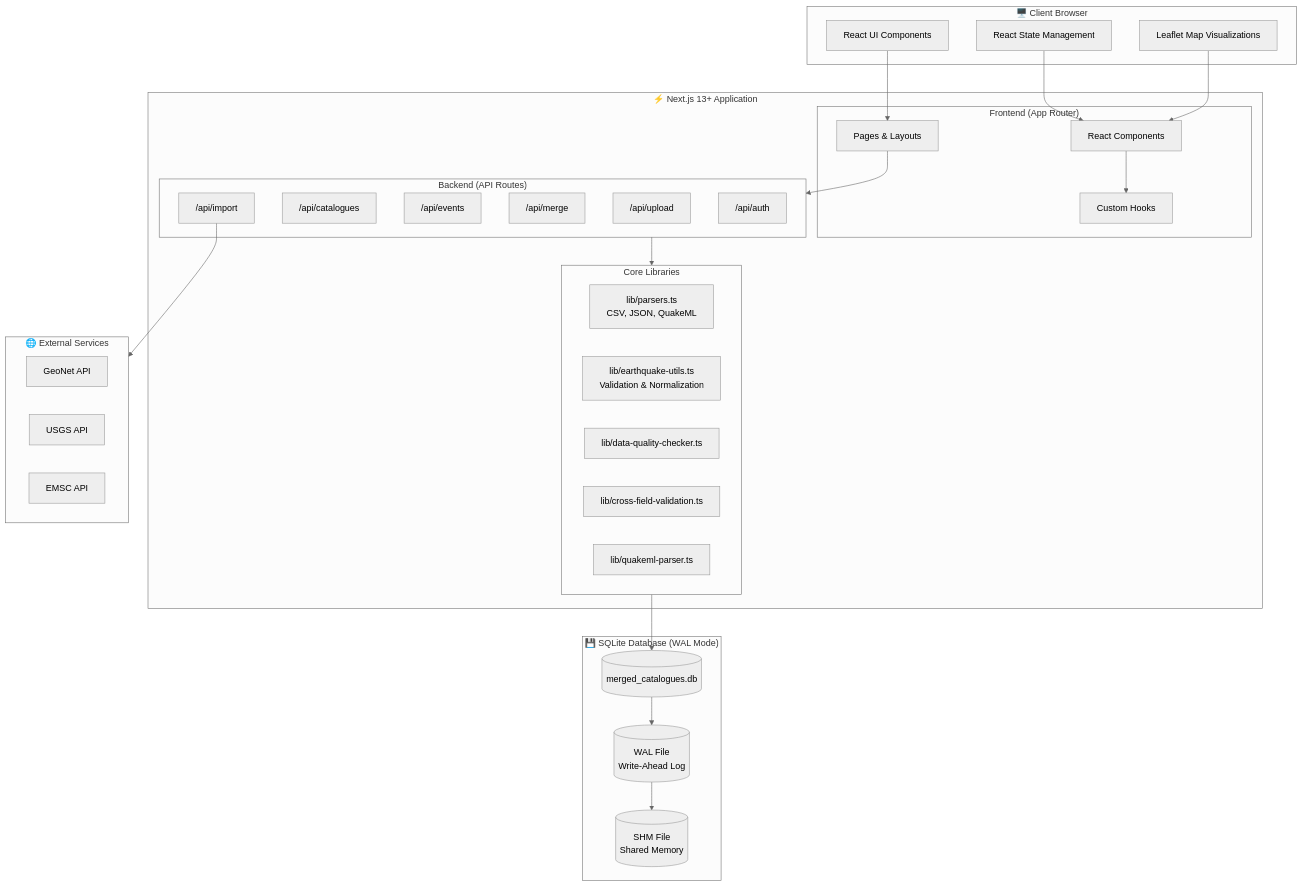
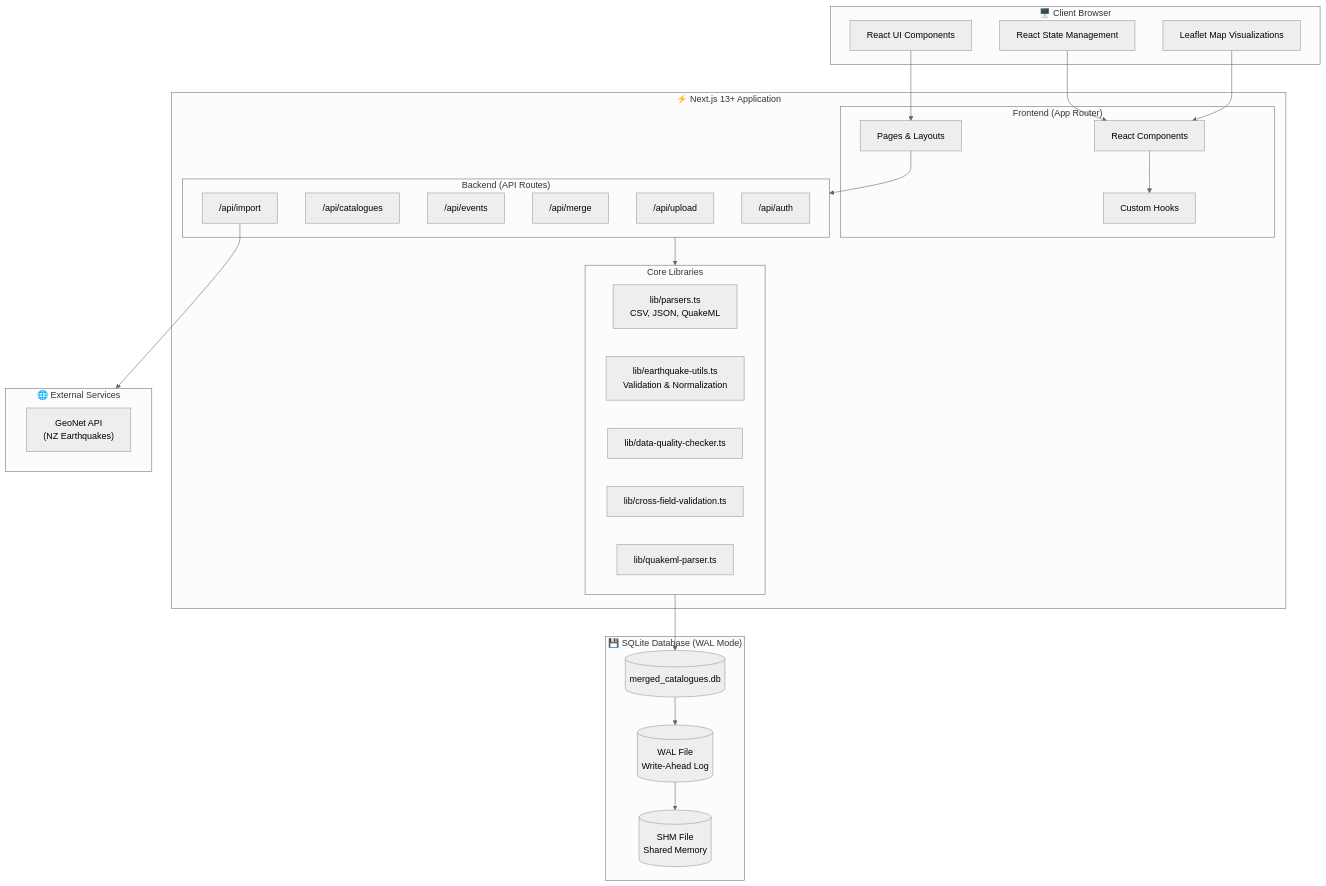
One commit to KennyGraham1/catalogofcatalogs changed the first of 5 diagrams in ARCHITECTURE.md. Above: the diagram before and after it, drawn with Mermaid (neutral theme). The commit also changed other lines of this file and 27 other files, not shown here.

Commit message:
Updated the schema to be more comprehensive and improved Auto-Detect Field Mapping

````diff
--- a/ARCHITECTURE.md
+++ b/ARCHITECTURE.md
@@ -27,59 +27,57 @@
 ```mermaid
 flowchart TB
     subgraph Client["🖥️ Client Browser"]
         UI["React UI Components"]
         State["React State Management"]
         Maps["Leaflet Map Visualizations"]
     end
     
     subgraph NextJS["⚡ Next.js 13+ Application"]
         subgraph Frontend["Frontend (App Router)"]
             Pages["Pages & Layouts"]
             Components["React Components"]
             Hooks["Custom Hooks"]
         end
         
         subgraph Backend["Backend (API Routes)"]
             UploadAPI["/api/upload"]
             CataloguesAPI["/api/catalogues"]
             EventsAPI["/api/events"]
             MergeAPI["/api/merge"]
             ImportAPI["/api/import"]
             AuthAPI["/api/auth"]
         end
         
         subgraph Libraries["Core Libraries"]
             Parsers["lib/parsers.ts<br/>CSV, JSON, QuakeML"]
             EqUtils["lib/earthquake-utils.ts<br/>Validation & Normalization"]
             QualityCheck["lib/data-quality-checker.ts"]
             CrossField["lib/cross-field-validation.ts"]
             QuakeML["lib/quakeml-parser.ts"]
         end
     end
     
     subgraph Database["💾 SQLite Database (WAL Mode)"]
         DB[(merged_catalogues.db)]
         WAL[("WAL File<br/>Write-Ahead Log")]
         SHM[("SHM File<br/>Shared Memory")]
     end
     
     subgraph External["🌐 External Services"]
-        GeoNet["GeoNet API"]
-        USGS["USGS API"]
-        EMSC["EMSC API"]
+        GeoNet["GeoNet API<br/>(NZ Earthquakes)"]
     end
     
     UI --> Pages
     State --> Components
     Maps --> Components
     
     Pages --> Backend
     Components --> Hooks
     
     Backend --> Libraries
     Libraries --> DB
     DB --> WAL
     WAL --> SHM
     
     ImportAPI --> External
 ```
````
